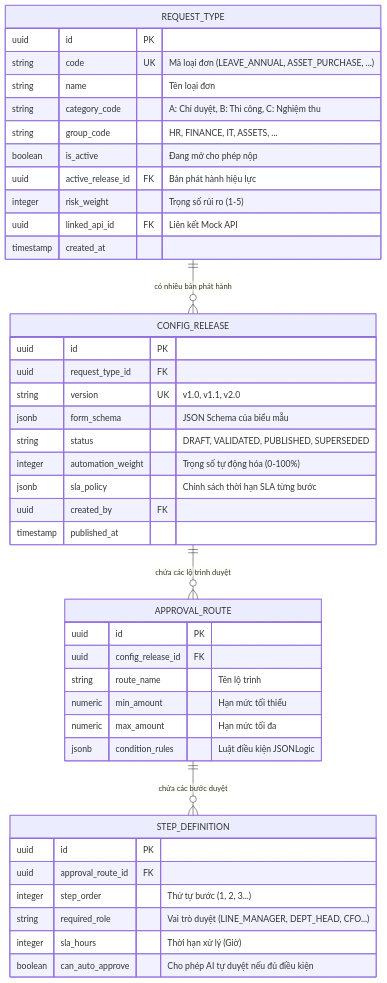
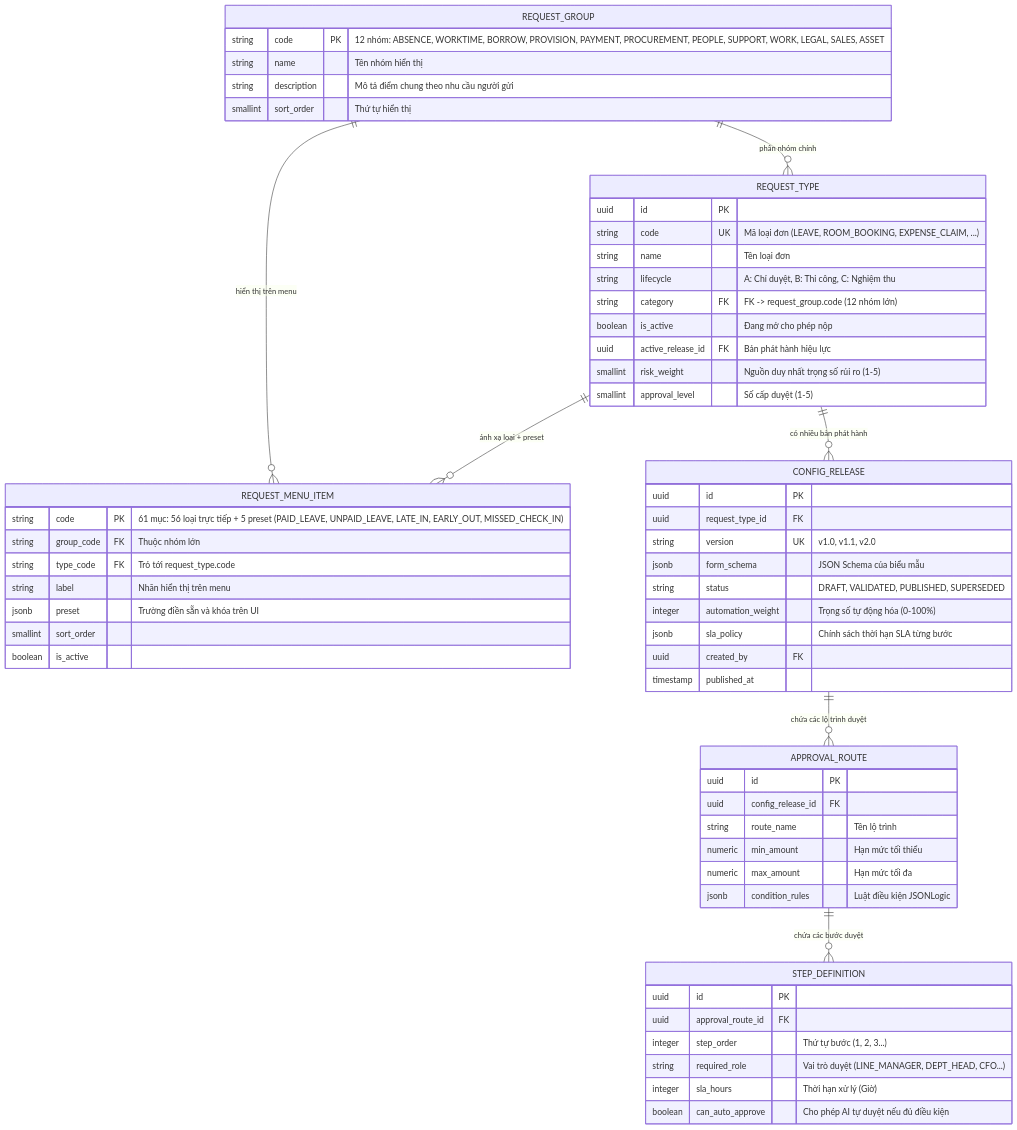
One commit to PhanQuangHuy2310/DATN changed the second of 10 diagrams in workspace/analysis_design/07_THIET_KE_CO_SO_DU_LIEU.md. Above: the diagram before and after it, drawn with Mermaid. The commit also changed other lines of this file and 176 other files, not shown here.

First line of the commit message:
feat: external systems via API, schema v2, security fixes and E2E-verified UI

````diff
--- a/workspace/analysis_design/07_THIET_KE_CO_SO_DU_LIEU.md
+++ b/workspace/analysis_design/07_THIET_KE_CO_SO_DU_LIEU.md
@@ -100,49 +100,68 @@
 ```mermaid
 erDiagram
+    REQUEST_GROUP ||--o{ REQUEST_TYPE : "phân nhóm chính"
+    REQUEST_GROUP ||--o{ REQUEST_MENU_ITEM : "hiển thị trên menu"
+    REQUEST_TYPE ||--o{ REQUEST_MENU_ITEM : "ánh xạ loại + preset"
     REQUEST_TYPE ||--o{ CONFIG_RELEASE : "có nhiều bản phát hành"
     CONFIG_RELEASE ||--o{ APPROVAL_ROUTE : "chứa các lộ trình duyệt"
     APPROVAL_ROUTE ||--o{ STEP_DEFINITION : "chứa các bước duyệt"
 
+    REQUEST_GROUP {
+        string code PK "12 nhóm: ABSENCE, WORKTIME, BORROW, PROVISION, PAYMENT, PROCUREMENT, PEOPLE, SUPPORT, WORK, LEGAL, SALES, ASSET"
+        string name "Tên nhóm hiển thị"
+        string description "Mô tả điểm chung theo nhu cầu người gửi"
+        smallint sort_order "Thứ tự hiển thị"
+    }
+
+    REQUEST_MENU_ITEM {
+        string code PK "61 mục: 56 loại trực tiếp + 5 preset (PAID_LEAVE, UNPAID_LEAVE, LATE_IN, EARLY_OUT, MISSED_CHECK_IN)"
+        string group_code FK "Thuộc nhóm lớn"
+        string type_code FK "Trỏ tới request_type.code"
+        string label "Nhãn hiển thị trên menu"
+        jsonb preset "Trường điền sẵn và khóa trên UI"
+        smallint sort_order
+        boolean is_active
+    }
+
     REQUEST_TYPE {
         uuid id PK
-        string code UK "Mã loại đơn (LEAVE_ANNUAL, ASSET_PURCHASE, ...)"
+        string code UK "Mã loại đơn (LEAVE, ROOM_BOOKING, EXPENSE_CLAIM, ...)"
         string name "Tên loại đơn"
-        string category_code "A: Chỉ duyệt, B: Thi công, C: Nghiệm thu"
-        string group_code "HR, FINANCE, IT, ASSETS, ..."
+        string lifecycle "A: Chỉ duyệt, B: Thi công, C: Nghiệm thu"
+        string category FK "FK -> request_group.code (12 nhóm lớn)"
         boolean is_active "Đang mở cho phép nộp"
         uuid active_release_id FK "Bản phát hành hiệu lực"
-        integer risk_weight "Trọng số rủi ro (1-5)"
-        uuid linked_api_id FK "Liên kết Mock API"
-        timestamp created_at
+        smallint risk_weight "Nguồn duy nhất trọng số rủi ro (1-5)"
+        smallint approval_level "Số cấp duyệt (1-5)"
     }
 
     CONFIG_RELEASE {
         uuid id PK
         uuid request_type_id FK
         string version UK "v1.0, v1.1, v2.0"
         jsonb form_schema "JSON Schema của biểu mẫu"
         string status "DRAFT, VALIDATED, PUBLISHED, SUPERSEDED"
         integer automation_weight "Trọng số tự động hóa (0-100%)"
         jsonb sla_policy "Chính sách thời hạn SLA từng bước"
         uuid created_by FK
         timestamp published_at
     }
 
     APPROVAL_ROUTE {
         uuid id PK
         uuid config_release_id FK
         string route_name "Tên lộ trình"
         numeric min_amount "Hạn mức tối thiểu"
         numeric max_amount "Hạn mức tối đa"
         jsonb condition_rules "Luật điều kiện JSONLogic"
     }
 
     STEP_DEFINITION {
         uuid id PK
         uuid approval_route_id FK
         integer step_order "Thứ tự bước (1, 2, 3...)"
         string required_role "Vai trò duyệt (LINE_MANAGER, DEPT_HEAD, CFO...)"
         integer sla_hours "Thời hạn xử lý (Giờ)"
         boolean can_auto_approve "Cho phép AI tự duyệt nếu đủ điều kiện"
     }
 ```
````
